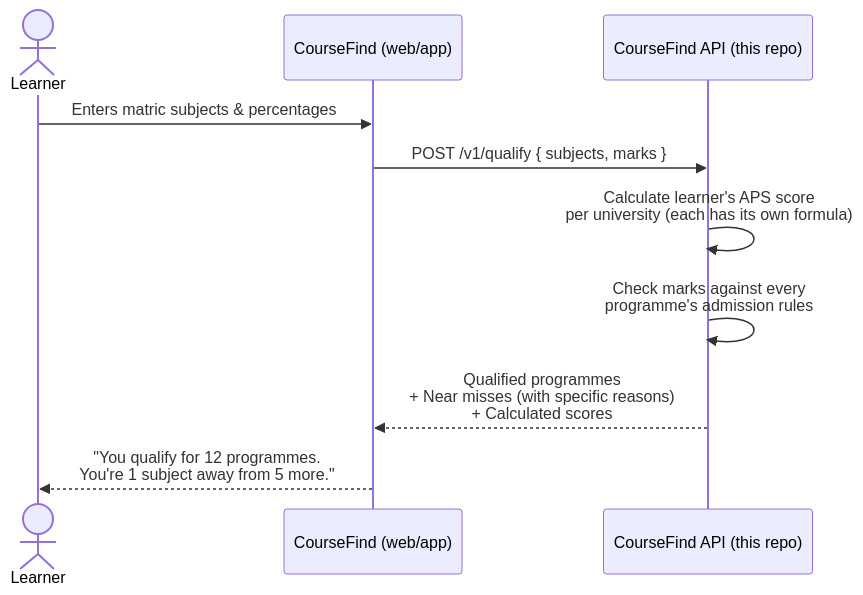
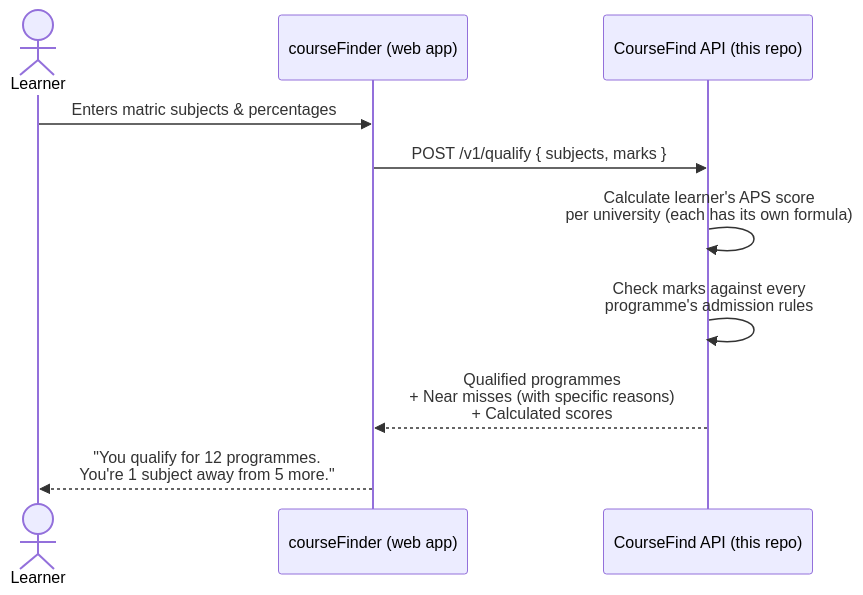
The first of 3 diagrams in README.md (itumeleng-itu/cf-data), drawn with Mermaid before and after one commit. The commit also changed other lines of this file, not shown here.

First line of the commit message:
Document the courseFinder frontend integration in the README

````diff
--- a/README.md
+++ b/README.md
@@ -13,13 +15,13 @@
 ```mermaid
 sequenceDiagram
     actor Learner
-    participant App as CourseFind (web/app)
+    participant App as courseFinder (web app)
     participant API as CourseFind API (this repo)
 
     Learner->>App: Enters matric subjects & percentages
     App->>API: POST /v1/qualify { subjects, marks }
     API->>API: Calculate learner's APS score<br/>per university (each has its own formula)
     API->>API: Check marks against every<br/>programme's admission rules
     API-->>App: Qualified programmes<br/>+ Near misses (with specific reasons)<br/>+ Calculated scores
     App-->>Learner: "You qualify for 12 programmes.<br/>You're 1 subject away from 5 more."
 ```
````
